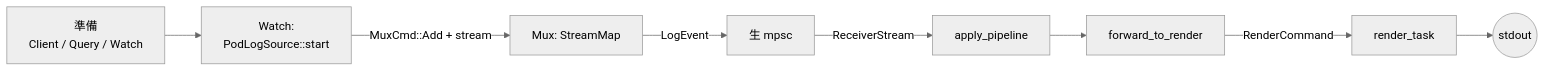
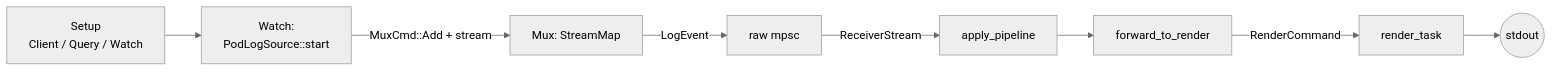
Before and after one commit to daisuke8000/rustern: the third of 5 diagrams in crates/rustern-core/README.md, drawn with Mermaid (neutral theme). The commit also changed other lines of this file and 20 other files, not shown here.

````diff
--- a/crates/rustern-core/README.md
+++ b/crates/rustern-core/README.md
@@ -170,10 +170,10 @@
 ```mermaid
 flowchart LR
-    Prep[準備<br/>Client / Query / Watch] --> LogOpen["Watch:<br/>PodLogSource::start"]
+    Prep[Setup<br/>Client / Query / Watch] --> LogOpen["Watch:<br/>PodLogSource::start"]
     LogOpen -->|MuxCmd::Add + stream| SMap[Mux: StreamMap]
-    SMap -->|LogEvent| RawMpsc[生 mpsc]
+    SMap -->|LogEvent| RawMpsc[raw mpsc]
     RawMpsc -->|ReceiverStream| Apply[apply_pipeline]
     Apply --> Fwd[forward_to_render]
     Fwd -->|RenderCommand| RTask[render_task]
     RTask --> Stdout((stdout))
 ```
````
